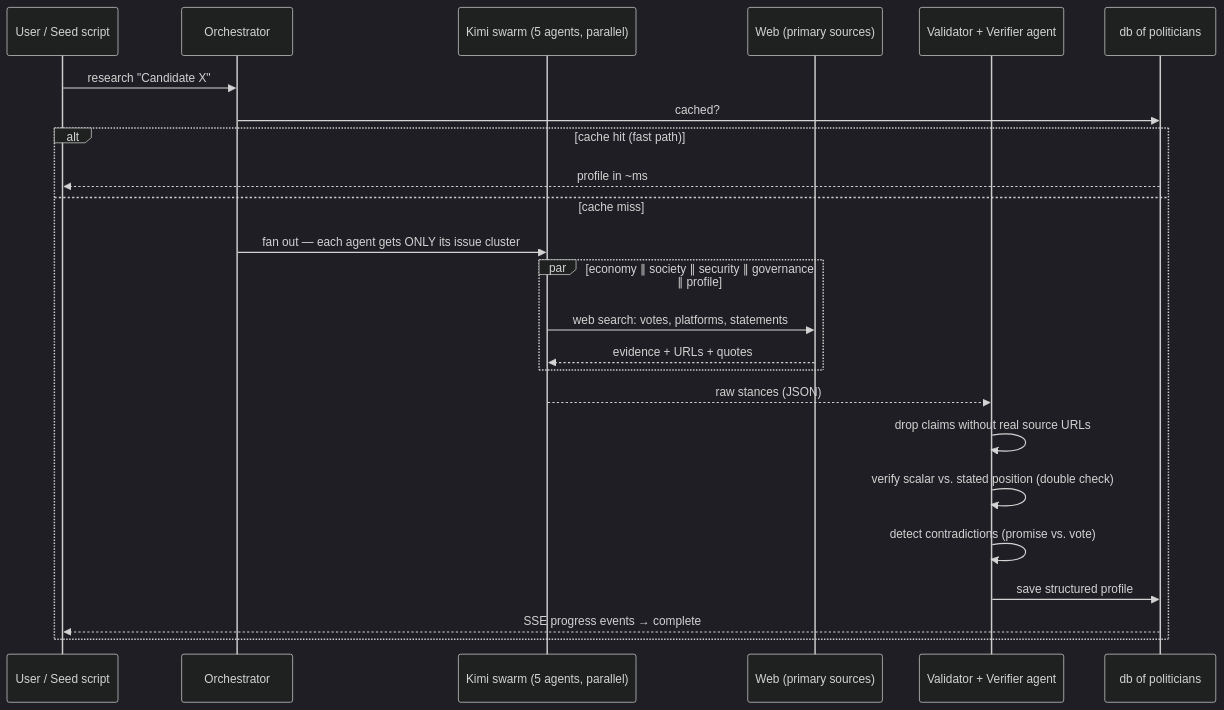
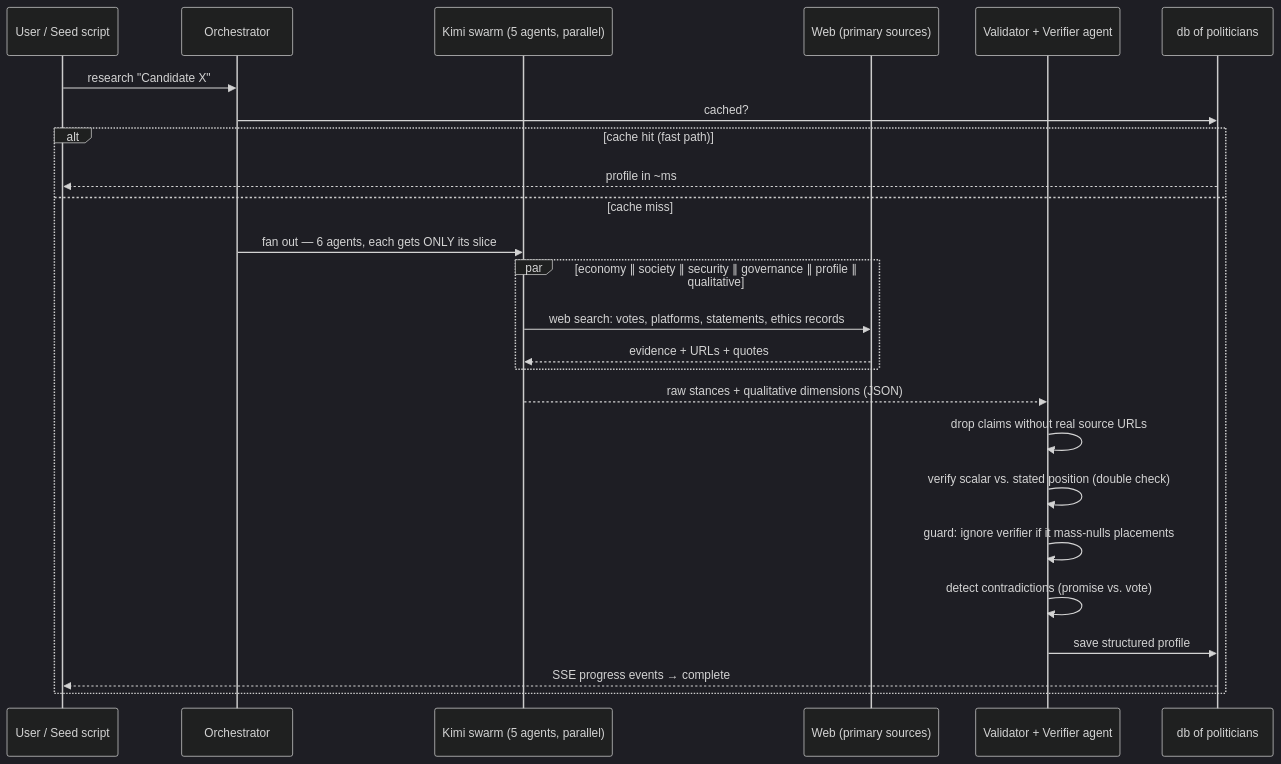
One commit to AayushBaniya2006/PatriotHacks changed the second of 2 diagrams in civic-match/README.md. Above: the diagram before and after it, drawn with Mermaid (dark theme). The commit also changed other lines of this file and 17 other files, not shown here.

Commit message:
Add voter profile intake, personalized grounded explanations, qualitative evidence in QA, docs-sync prompt

````diff
--- a/civic-match/README.md
+++ b/civic-match/README.md
@@ -77,27 +83,28 @@
 ```mermaid
 sequenceDiagram
     participant U as User / Seed script
     participant O as Orchestrator
     participant S as Kimi swarm (5 agents, parallel)
     participant W as Web (primary sources)
     participant V as Validator + Verifier agent
     participant D as db of politicians
 
     U->>O: research "Candidate X"
     O->>D: cached?
     alt cache hit (fast path)
         D-->>U: profile in ~ms
     else cache miss
-        O->>S: fan out — each agent gets ONLY its issue cluster
-        par economy ∥ society ∥ security ∥ governance ∥ profile
-            S->>W: web search: votes, platforms, statements
+        O->>S: fan out — 6 agents, each gets ONLY its slice
+        par economy ∥ society ∥ security ∥ governance ∥ profile ∥ qualitative
+            S->>W: web search: votes, platforms, statements, ethics records
             W-->>S: evidence + URLs + quotes
         end
-        S-->>V: raw stances (JSON)
+        S-->>V: raw stances + qualitative dimensions (JSON)
         V->>V: drop claims without real source URLs
         V->>V: verify scalar vs. stated position (double check)
+        V->>V: guard: ignore verifier if it mass-nulls placements
         V->>V: detect contradictions (promise vs. vote)
         V->>D: save structured profile
         D-->>U: SSE progress events → complete
     end
 ```
````
